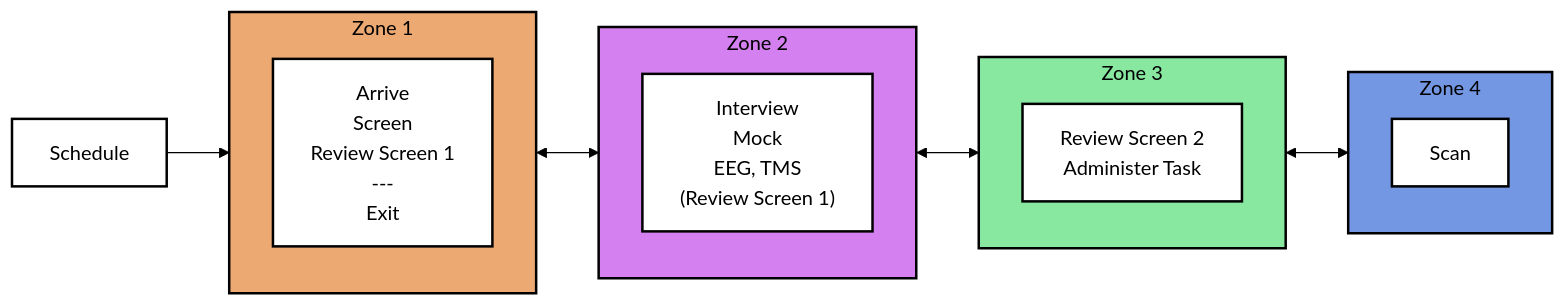
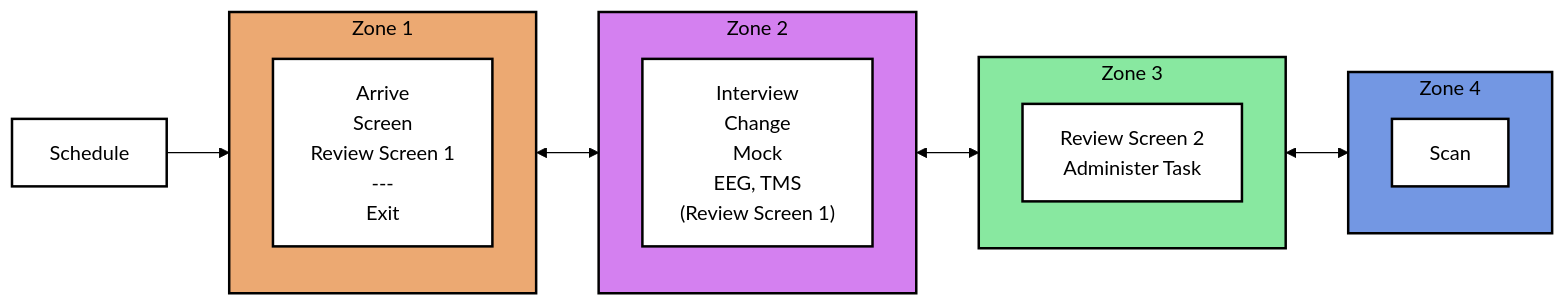
Before and after one commit to ND-HNC/website: the diagram in resources/slides/mri_safety_2.qmd, drawn with Mermaid. The commit also changed other lines of this file and 28 other files, not shown here.

````diff
--- a/resources/slides/mri_safety_2.qmd
+++ b/resources/slides/mri_safety_2.qmd
@@ -242,41 +252,42 @@
 ```{mermaid}
 flowchart LR
     subgraph Zone_1 [Zone 1]
         B["`Arrive
             Screen
             Review Screen 1
             ---
             Exit`"]
 
     end
     style Zone_1 fill:#eca972,stroke:#000000,color:#000000,stroke-width:2px
 
     subgraph Zone_2 [Zone 2]
        C["`Interview
+           Change
            Mock
            EEG, TMS
            (Review Screen 1)`"]
     end
     style Zone_2 fill:#d480f0,stroke:#000000,color:#000000,stroke-width:2px
 
     subgraph Zone_3 [Zone 3]
         D["`Review Screen 2
             Administer Task`"]
     end
     style Zone_3 fill:#88e8a0,stroke:#000000,color:#000000,stroke-width:2px
 
     subgraph Zone_4 [Zone 4]
         E[Scan]
     end
     style Zone_4 fill:#7397e3,stroke:#000000,color:#000000,stroke-width:2px
 
     A[Schedule] --> Zone_1
     Zone_1 <--> Zone_2 <--> Zone_3 <--> Zone_4
 
     classDef allBlack color:#000000;
     class A,B,C,D,E,F allBlack;
     classDef whiteBoxes fill:#ffffff,stroke:#000000,stroke-width:2px;
     class A,B,C,D,E,F whiteBoxes;
     linkStyle default stroke:black,stroke-width:1px;
 
 ```
````
